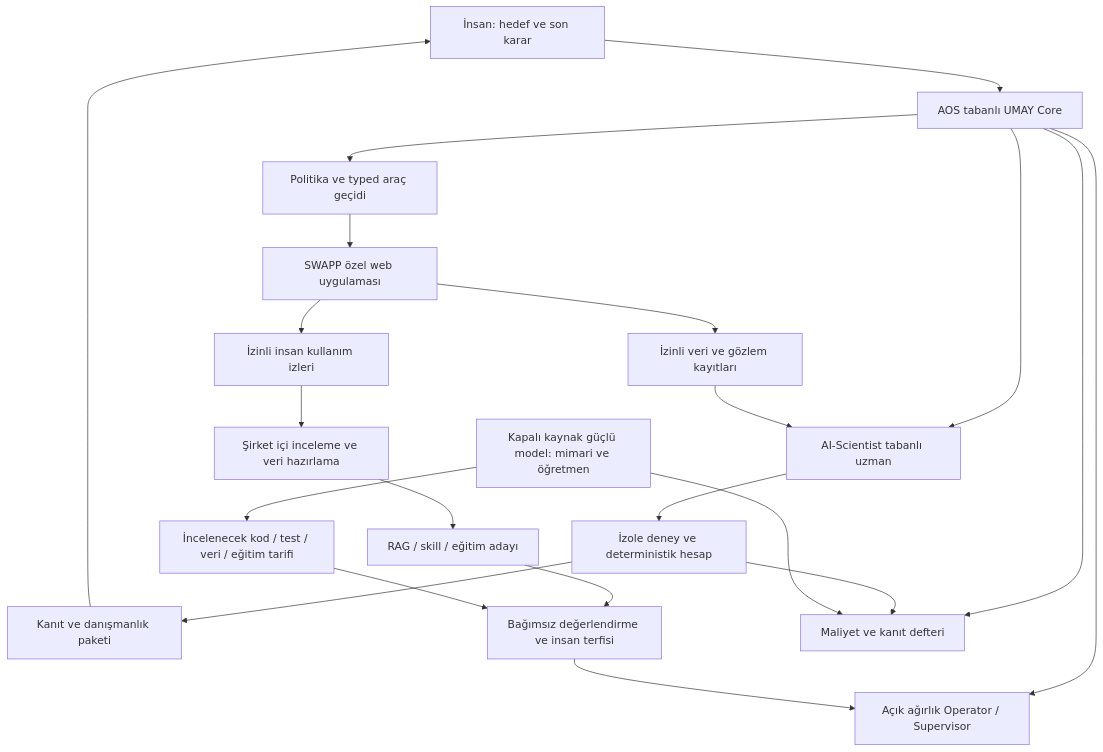
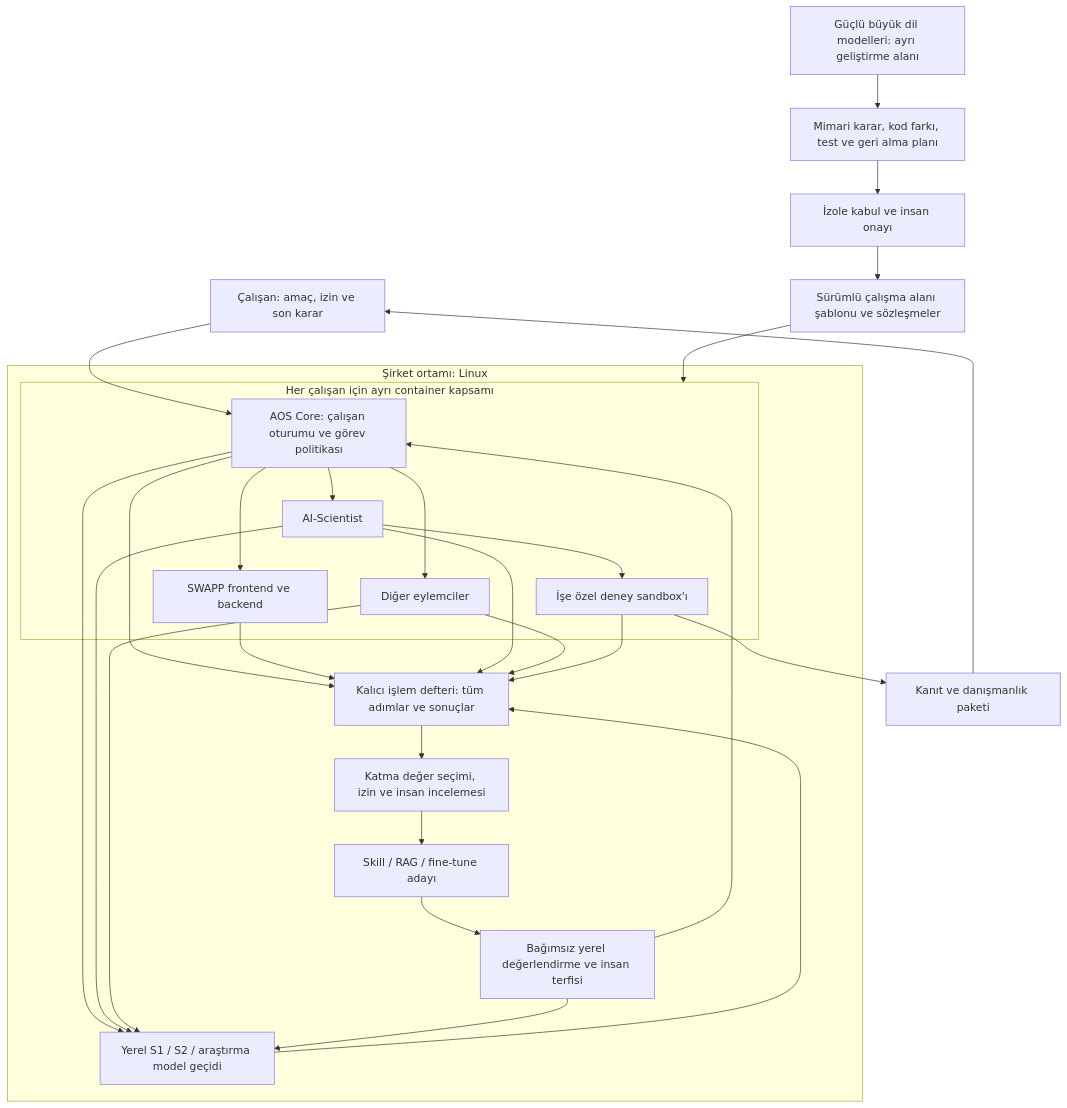
One commit to aserdargun/umayos changed the diagram in docs/implementation/ARCHITECTURE.md. Above: the diagram before and after it, drawn with Mermaid. The commit also changed other lines of this file and 14 other files, not shown here.

````diff
--- a/docs/implementation/ARCHITECTURE.md
+++ b/docs/implementation/ARCHITECTURE.md
@@ -9,23 +11,32 @@
 ```mermaid
 flowchart TD
-    H[İnsan: hedef ve son karar] --> C[AOS tabanlı UMAY Core]
-    C --> O[Açık ağırlık Operator / Supervisor]
-    C --> P[Politika ve typed araç geçidi]
-    P --> W[SWAPP özel web uygulaması]
-    W --> D[İzinli veri ve gözlem kayıtları]
-    C --> S[AI-Scientist tabanlı uzman]
-    D --> S
-    S --> X[İzole deney ve deterministik hesap]
+    H[Çalışan: amaç, izin ve son karar] --> C
+    subgraph CO[Şirket ortamı: Linux]
+      subgraph WS[Her çalışan için ayrı container kapsamı]
+        C[AOS Core: çalışan oturumu ve görev politikası] --> W[SWAPP frontend ve backend]
+        C --> S[AI-Scientist]
+        C --> A[Diğer eylemciler]
+        S --> X[İşe özel deney sandbox'ı]
+      end
+      C --> M[Yerel S1 / S2 / araştırma model geçidi]
+      S --> M
+      A --> M
+      C --> L[Kalıcı işlem defteri: tüm adımlar ve sonuçlar]
+      W --> L
+      S --> L
+      A --> L
+      X --> L
+      M --> L
+      L --> V[Katma değer seçimi, izin ve insan incelemesi]
+      V --> K[Skill / RAG / fine-tune adayı]
+      K --> Q[Bağımsız yerel değerlendirme ve insan terfisi]
+      Q --> M
+      Q --> C
+    end
+    B[Güçlü büyük dil modelleri: ayrı geliştirme alanı] --> D[Mimari karar, kod farkı, test ve geri alma planı]
+    D --> T[İzole kabul ve insan onayı]
+    T --> R[Sürümlü çalışma alanı şablonu ve sözleşmeler]
+    R --> WS
     X --> E[Kanıt ve danışmanlık paketi]
     E --> H
-    W --> T[İzinli insan kullanım izleri]
-    T --> K[Şirket içi inceleme ve veri hazırlama]
-    K --> R[RAG / skill / eğitim adayı]
-    R --> Q[Bağımsız değerlendirme ve insan terfisi]
-    Q --> O
-    B[Kapalı kaynak güçlü model: mimari ve öğretmen] --> G[İncelenecek kod / test / veri / eğitim tarifi]
-    G --> Q
-    C --> L[Maliyet ve kanıt defteri]
-    X --> L
-    B --> L
 ```
````
